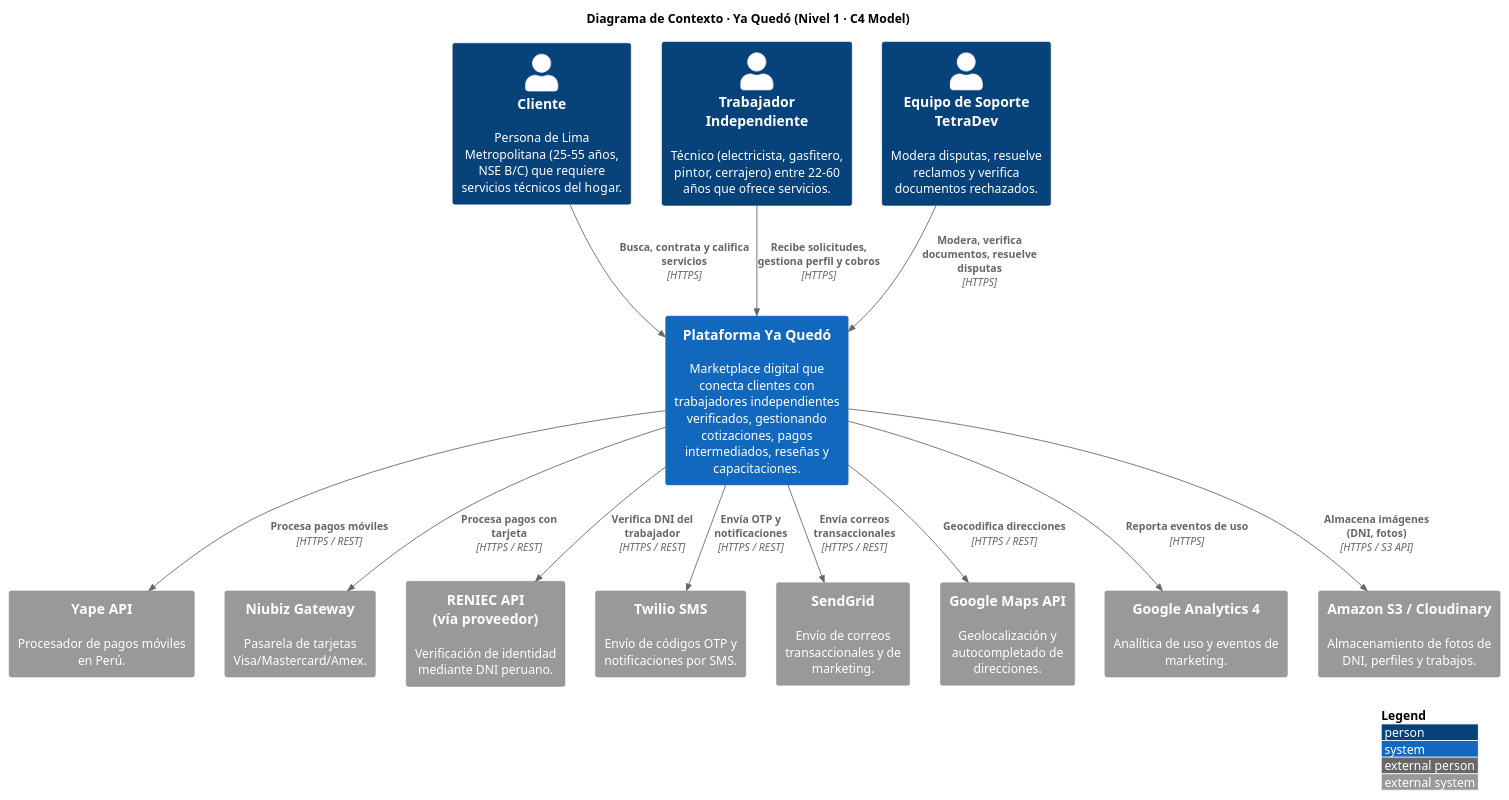
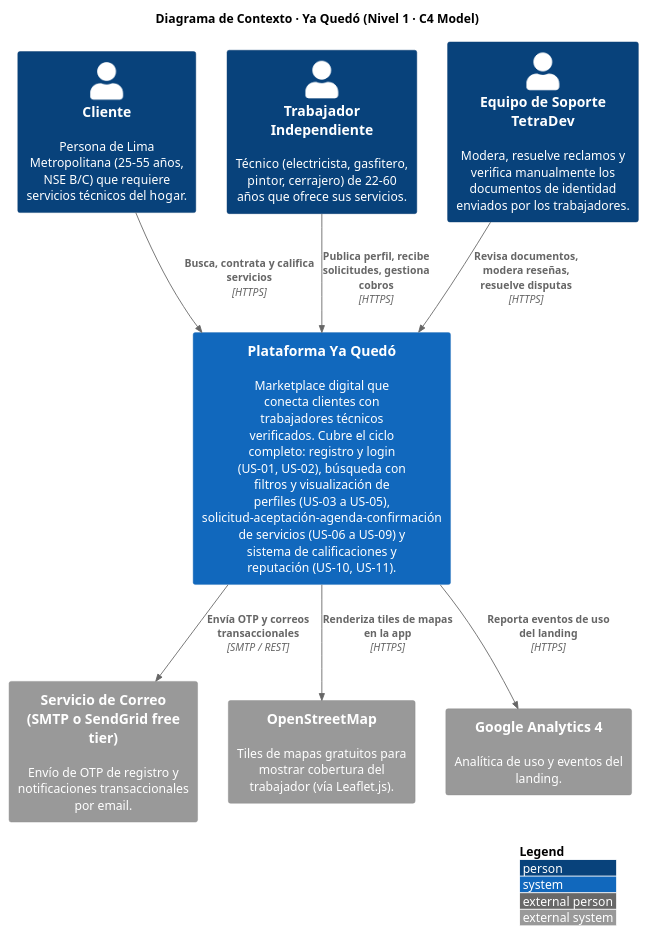
Before and after one commit to yagocz/YaQuedo_TetraDev: the diagram in tb2/architecture-c4/01-context.puml, drawn with PlantUML. The commit also changed 13 other files, not shown here.

Commit message:
docs(tb2): update C4 diagrams (drawio + puml + mermaid) and OO design for 6 bounded contexts

```diff
--- a/tb2/architecture-c4/01-context.puml
+++ b/tb2/architecture-c4/01-context.puml
@@ -1,40 +1,30 @@
 @startuml C4_Context_YaQuedo
 !include https://raw.githubusercontent.com/plantuml-stdlib/C4-PlantUML/master/C4_Context.puml
 
 LAYOUT_WITH_LEGEND()
 title Diagrama de Contexto · Ya Quedó (Nivel 1 · C4 Model)
 
 ' ============ Personas / Actores ============
 Person(cliente, "Cliente", "Persona de Lima Metropolitana (25-55 años, NSE B/C) que requiere servicios técnicos del hogar.")
-Person(trabajador, "Trabajador Independiente", "Técnico (electricista, gasfitero, pintor, cerrajero) entre 22-60 años que ofrece servicios.")
-Person(soporte, "Equipo de Soporte TetraDev", "Modera disputas, resuelve reclamos y verifica documentos rechazados.")
+Person(trabajador, "Trabajador Independiente", "Técnico (electricista, gasfitero, pintor, cerrajero) de 22-60 años que ofrece sus servicios.")
+Person(soporte, "Equipo de Soporte TetraDev", "Modera, resuelve reclamos y verifica manualmente los documentos de identidad enviados por los trabajadores.")
 
 ' ============ Sistema principal ============
-System(yaQuedo, "Plataforma Ya Quedó", "Marketplace digital que conecta clientes con trabajadores independientes verificados, gestionando cotizaciones, pagos intermediados, reseñas y capacitaciones.")
+System(yaQuedo, "Plataforma Ya Quedó", "Marketplace digital que conecta clientes con trabajadores técnicos verificados. Cubre el ciclo completo: registro y login (US-01, US-02), búsqueda con filtros y visualización de perfiles (US-03 a US-05), solicitud-aceptación-agenda-confirmación de servicios (US-06 a US-09) y sistema de calificaciones y reputación (US-10, US-11).")
 
-' ============ Sistemas externos ============
-System_Ext(yapeApi, "Yape API", "Procesador de pagos móviles en Perú.")
-System_Ext(niubizApi, "Niubiz Gateway", "Pasarela de tarjetas Visa/Mastercard/Amex.")
-System_Ext(reniecApi, "RENIEC API\n(vía proveedor)", "Verificación de identidad mediante DNI peruano.")
-System_Ext(smsApi, "Twilio SMS", "Envío de códigos OTP y notificaciones por SMS.")
-System_Ext(emailApi, "SendGrid", "Envío de correos transaccionales y de marketing.")
-System_Ext(mapsApi, "Google Maps API", "Geolocalización y autocompletado de direcciones.")
-System_Ext(ga4, "Google Analytics 4", "Analítica de uso y eventos de marketing.")
-System_Ext(s3, "Amazon S3 / Cloudinary", "Almacenamiento de fotos de DNI, perfiles y trabajos.")
+' ============ Sistemas externos (todos gratuitos / accesibles) ============
+System_Ext(emailApi, "Servicio de Correo\n(SMTP o SendGrid free tier)", "Envío de OTP de registro y notificaciones transaccionales por email.")
+System_Ext(osm, "OpenStreetMap", "Tiles de mapas gratuitos para mostrar cobertura del trabajador (vía Leaflet.js).")
+System_Ext(ga4, "Google Analytics 4", "Analítica de uso y eventos del landing.")
 
 ' ============ Relaciones Persona → Sistema ============
 Rel(cliente, yaQuedo, "Busca, contrata y califica servicios", "HTTPS")
-Rel(trabajador, yaQuedo, "Recibe solicitudes, gestiona perfil y cobros", "HTTPS")
-Rel(soporte, yaQuedo, "Modera, verifica documentos, resuelve disputas", "HTTPS")
+Rel(trabajador, yaQuedo, "Publica perfil, recibe solicitudes, gestiona cobros", "HTTPS")
+Rel(soporte, yaQuedo, "Revisa documentos, modera reseñas, resuelve disputas", "HTTPS")
 
 ' ============ Relaciones Sistema → Externos ============
-Rel(yaQuedo, yapeApi, "Procesa pagos móviles", "HTTPS / REST")
-Rel(yaQuedo, niubizApi, "Procesa pagos con tarjeta", "HTTPS / REST")
-Rel(yaQuedo, reniecApi, "Verifica DNI del trabajador", "HTTPS / REST")
-Rel(yaQuedo, smsApi, "Envía OTP y notificaciones", "HTTPS / REST")
-Rel(yaQuedo, emailApi, "Envía correos transaccionales", "HTTPS / REST")
-Rel(yaQuedo, mapsApi, "Geocodifica direcciones", "HTTPS / REST")
-Rel(yaQuedo, ga4, "Reporta eventos de uso", "HTTPS")
-Rel(yaQuedo, s3, "Almacena imágenes (DNI, fotos)", "HTTPS / S3 API")
+Rel(yaQuedo, emailApi, "Envía OTP y correos transaccionales", "SMTP / REST")
+Rel(yaQuedo, osm, "Renderiza tiles de mapas en la app", "HTTPS")
+Rel(yaQuedo, ga4, "Reporta eventos de uso del landing", "HTTPS")
 
 @enduml
```
